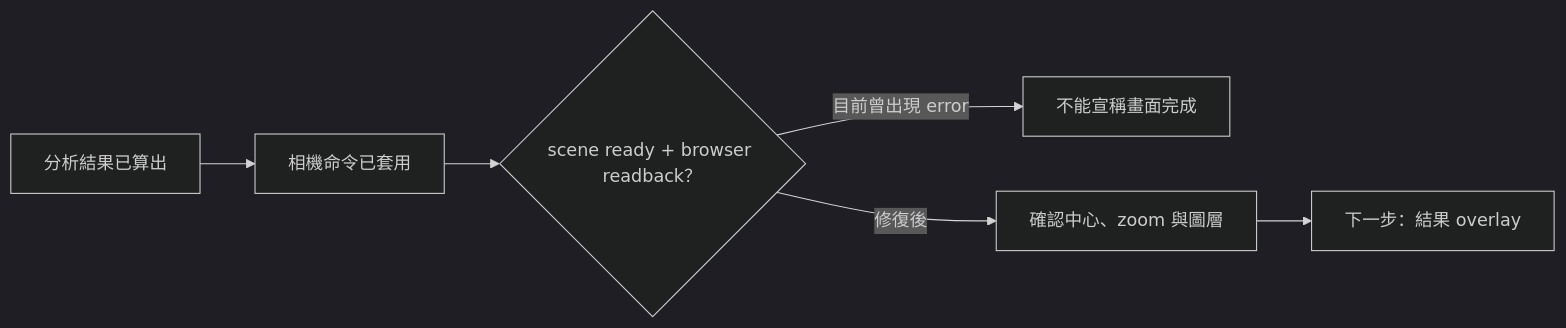
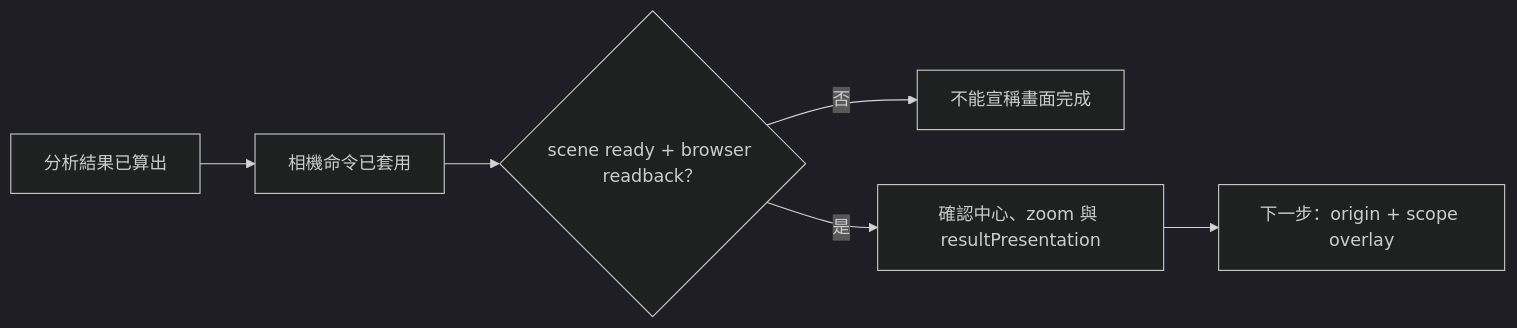
Diagram 11 of 14 in docs/features/agent-research-workbench/pulse-research-system-guide-20260921.md (ianlkl11234s/mini-taiwan-pulse), drawn with Mermaid (dark theme) before and after one commit. The commit also changed other lines of this file and 17 other files, not shown here.

````diff
--- a/docs/features/agent-research-workbench/pulse-research-system-guide-20260921.md
+++ b/docs/features/agent-research-workbench/pulse-research-system-guide-20260921.md
@@ -292,8 +293,8 @@
 ```mermaid
 flowchart LR
     A[分析結果已算出] --> B[相機命令已套用]
     B --> C{scene ready + browser readback？}
-    C -->|目前曾出現 error| D[不能宣稱畫面完成]
-    C -->|修復後| E[確認中心、zoom 與圖層]
-    E --> F[下一步：結果 overlay]
+    C -->|否| D[不能宣稱畫面完成]
+    C -->|是| E[確認中心、zoom 與 resultPresentation]
+    E --> F[下一步：origin + scope overlay]
 ```
````
